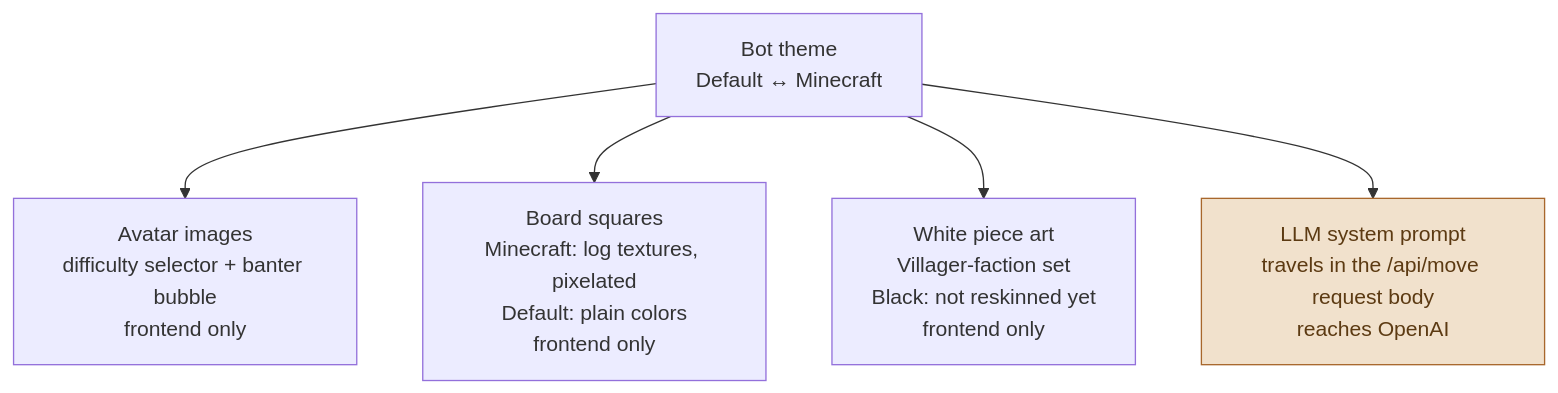
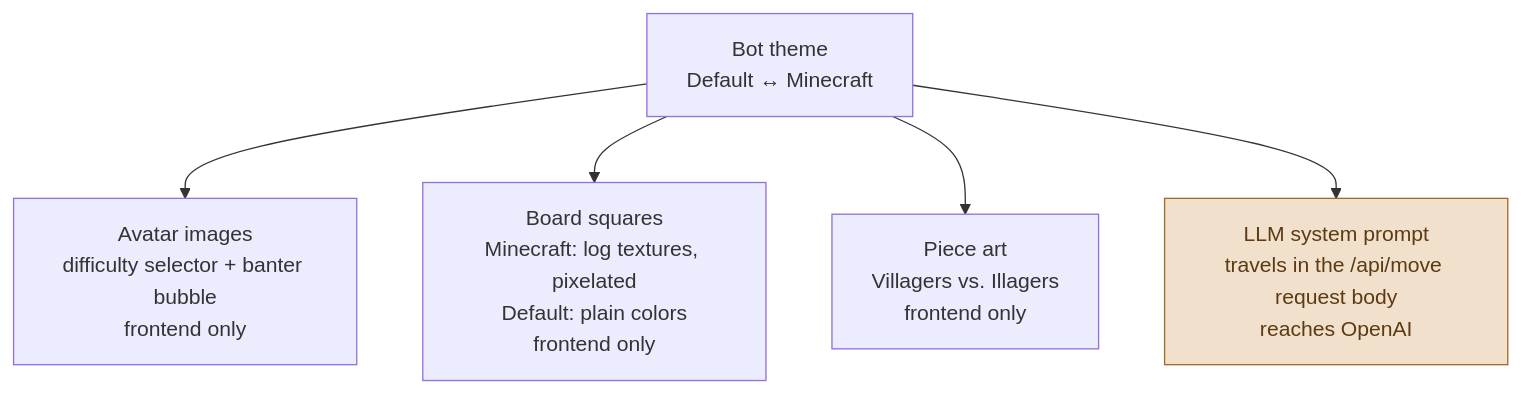
One commit to lmcalderon/minechess changed the third of 3 diagrams in ARCHITECTURE.md. Above: the diagram before and after it, drawn with Mermaid.

Commit message:
Update ARCHITECTURE.md now that Black pieces are reskinned too

````diff
--- a/ARCHITECTURE.md
+++ b/ARCHITECTURE.md
@@ -78,11 +78,11 @@
 ```mermaid
 flowchart TD
     Theme["Bot theme<br/>Default ↔ Minecraft"]
     Theme --> Avatars["Avatar images<br/>difficulty selector + banter bubble<br/>frontend only"]
     Theme --> Board["Board squares<br/>Minecraft: log textures, pixelated<br/>Default: plain colors<br/>frontend only"]
-    Theme --> Pieces["White piece art<br/>Villager-faction set<br/>Black: not reskinned yet<br/>frontend only"]
+    Theme --> Pieces["Piece art<br/>Villagers vs. Illagers<br/>frontend only"]
     Theme --> Prompt["LLM system prompt<br/>travels in the /api/move request body<br/>reaches OpenAI"]
 
     class Prompt reachesLLM
     classDef reachesLLM fill:#f1e1cc,stroke:#a8672c,color:#5c3a12
 ```
````
